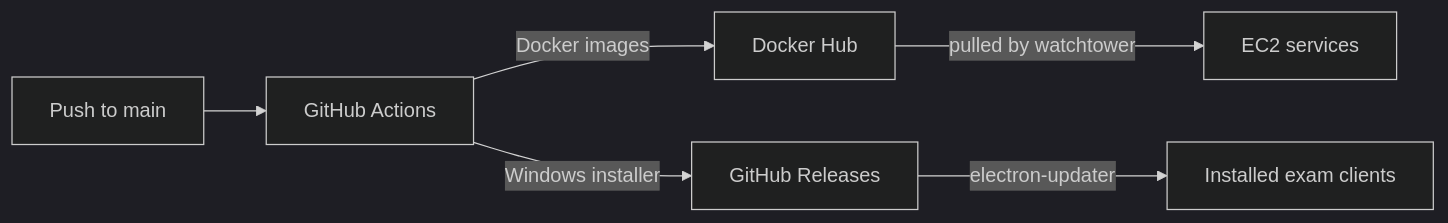
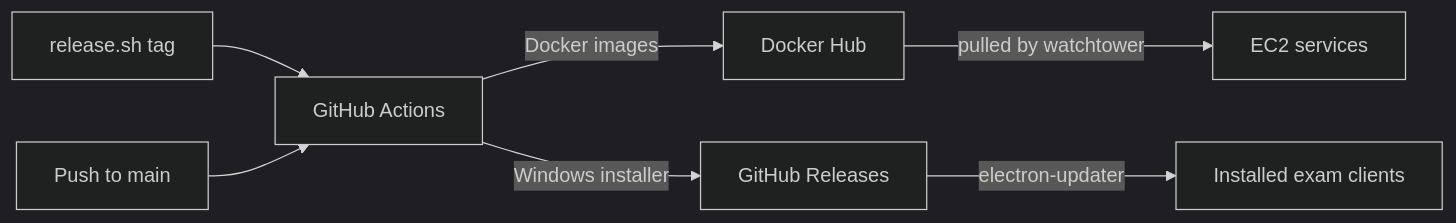
Before and after one commit to MasterBhuvnesh/WCL: the second of 2 diagrams in .github/README.md, drawn with Mermaid (dark theme). The commit also changed other lines of this file and 5 other files, not shown here.

````diff
--- a/.github/README.md
+++ b/.github/README.md
@@ -90,8 +90,9 @@
 ```mermaid
 flowchart LR
-    P["Push to main"] --> GA["GitHub Actions"]
+    T["release.sh tag"] --> GA["GitHub Actions"]
+    P["Push to main"] --> GA
     GA -->|Docker images| DH["Docker Hub"]
     DH -->|pulled by watchtower| SRV["EC2 services"]
     GA -->|Windows installer| GR["GitHub Releases"]
     GR -->|electron-updater| EX["Installed exam clients"]
 ```
````
